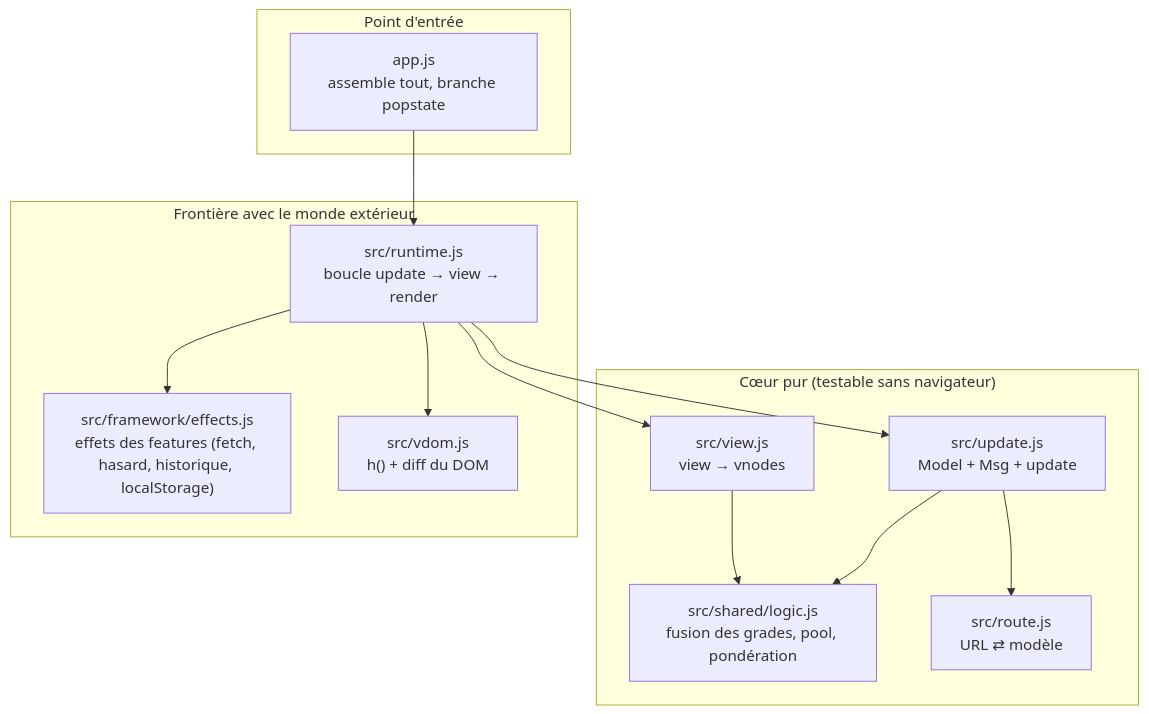
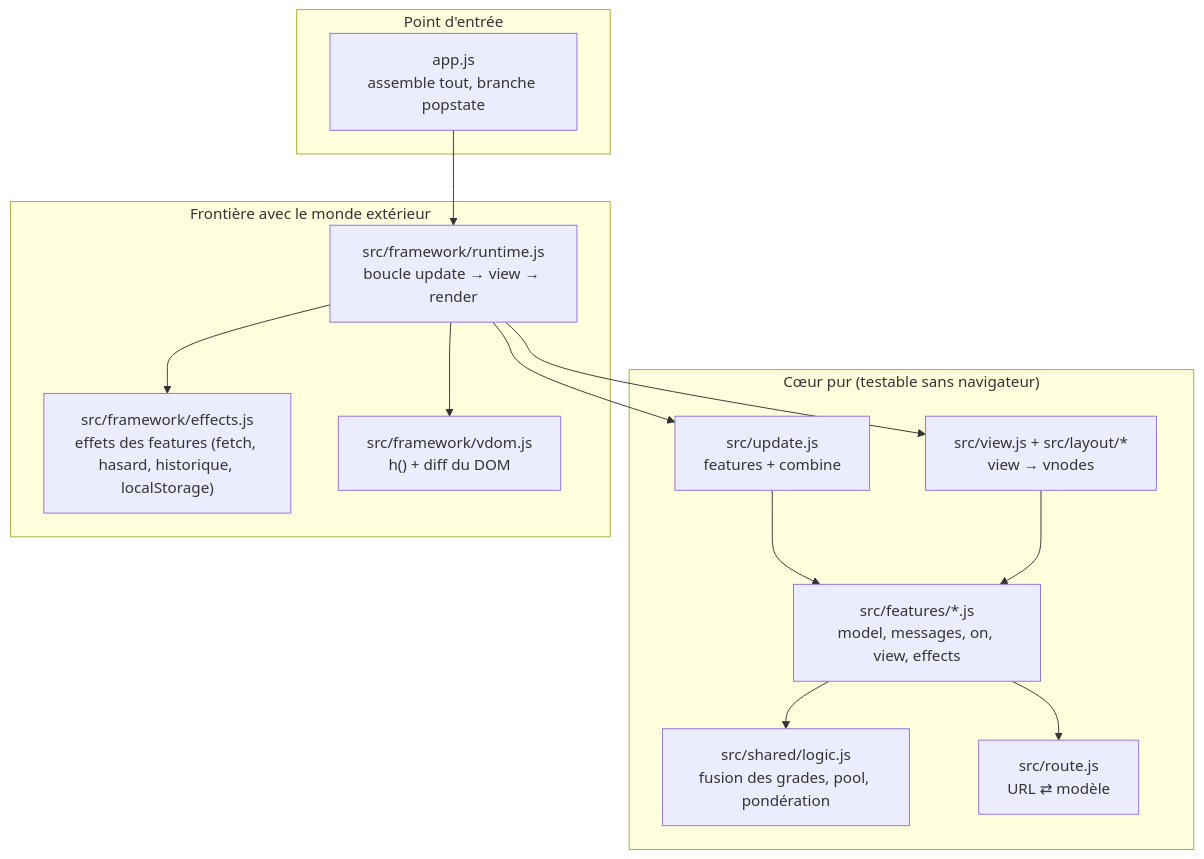
One commit to devsigner/aikido-trainer changed the second of 6 diagrams in README.md. Above: the diagram before and after it, drawn with Mermaid. The commit also changed other lines of this file and 3 other files, not shown here.

Commit message:
README: update diagrams and tables for features (v.61)

````diff
--- a/README.md
+++ b/README.md
@@ -122,25 +124,27 @@
 ```mermaid
 flowchart TB
     subgraph entry["Point d'entrée"]
         APP["app.js<br/>assemble tout, branche popstate"]
     end
     subgraph pure["Cœur pur (testable sans navigateur)"]
-        UPD["src/update.js<br/>Model + Msg + update"]
-        VIEW["src/view.js<br/>view → vnodes"]
+        UPD["src/update.js<br/>features + combine"]
+        FEAT["src/features/*.js<br/>model, messages, on, view, effects"]
+        VIEW["src/view.js + src/layout/*<br/>view → vnodes"]
         LOG["src/shared/logic.js<br/>fusion des grades, pool, pondération"]
         ROUTE["src/route.js<br/>URL ⇄ modèle"]
     end
     subgraph impure["Frontière avec le monde extérieur"]
-        RUN["src/runtime.js<br/>boucle update → view → render"]
+        RUN["src/framework/runtime.js<br/>boucle update → view → render"]
         EFF["src/framework/effects.js<br/>effets des features (fetch, hasard, historique, localStorage)"]
-        VDOM["src/vdom.js<br/>h() + diff du DOM"]
+        VDOM["src/framework/vdom.js<br/>h() + diff du DOM"]
     end
     APP --> RUN
     RUN --> UPD
     RUN --> VIEW
     RUN --> EFF
     RUN --> VDOM
-    UPD --> LOG
-    UPD --> ROUTE
-    VIEW --> LOG
+    UPD --> FEAT
+    FEAT --> LOG
+    FEAT --> ROUTE
+    VIEW --> FEAT
 ```
````
